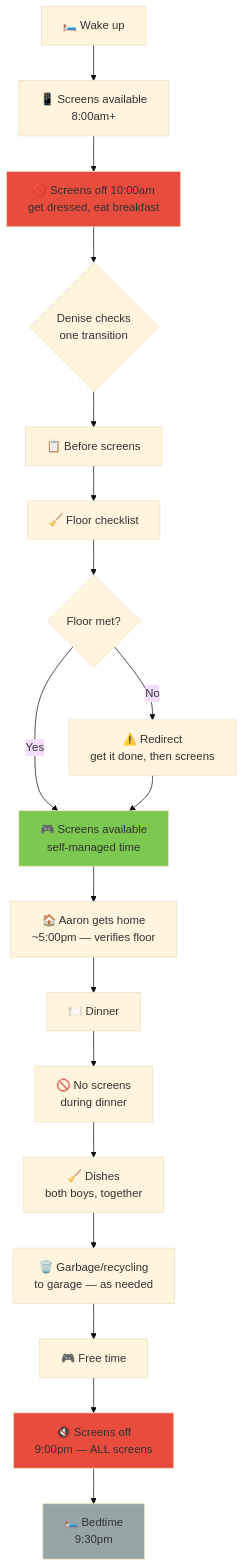
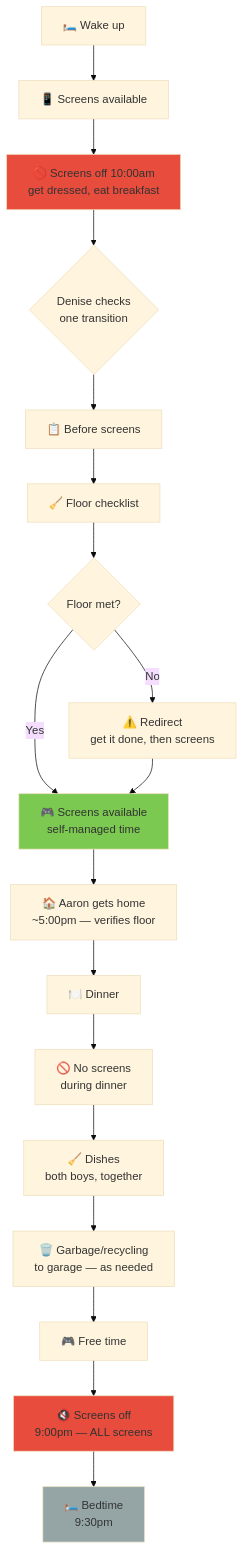
Before and after one commit to ajass/technology-reset: the diagram in day-types/05-weekday-off.md, drawn with Mermaid (base theme). The commit also changed other lines of this file and 6 other files, not shown here.

````diff
--- a/day-types/05-weekday-off.md
+++ b/day-types/05-weekday-off.md
@@ -7,25 +7,25 @@
 ```mermaid
 flowchart TD
-    A["🛏️ Wake up"] --> B["📱 Screens available<br/>8:00am+"]
+    A["🛏️ Wake up"] --> B["📱 Screens available"]
     B --> C["🚫 Screens off 10:00am<br/>get dressed, eat breakfast"]
     C --> D{"Denise checks<br/>one transition"}
     D --> E["📋 Before screens"]
     E --> E1["🧹 Floor checklist"]
     E1 --> F{"Floor met?"}
     F -->|Yes| G["🎮 Screens available<br/>self-managed time"]
     F -->|No| H["⚠️ Redirect<br/>get it done, then screens"]
     H --> G
     G --> I["🏠 Aaron gets home<br/>~5:00pm — verifies floor"]
     I --> J["🍽️ Dinner"]
     J --> K["🚫 No screens<br/>during dinner"]
     K --> L["🧹 Dishes<br/>both boys, together"]
     L --> M["🗑️ Garbage/recycling<br/>to garage — as needed"]
     M --> N["🎮 Free time"]
     N --> O["🔇 Screens off<br/>9:00pm — ALL screens"]
     O --> P["🛏️ Bedtime<br/>9:30pm"]
 
     style C fill:#e74c3c
     style G fill:#7bc950
     style O fill:#e74c3c
     style P fill:#95a5a6
 ```
````
